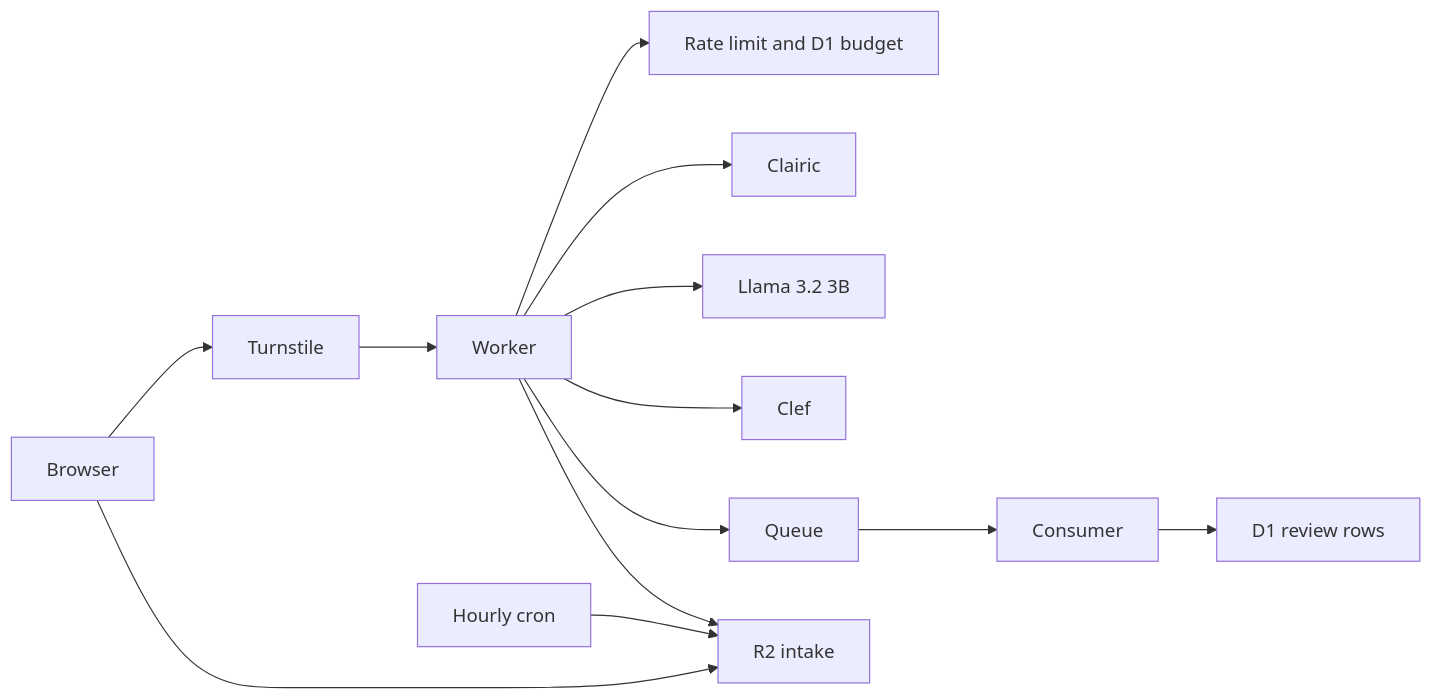
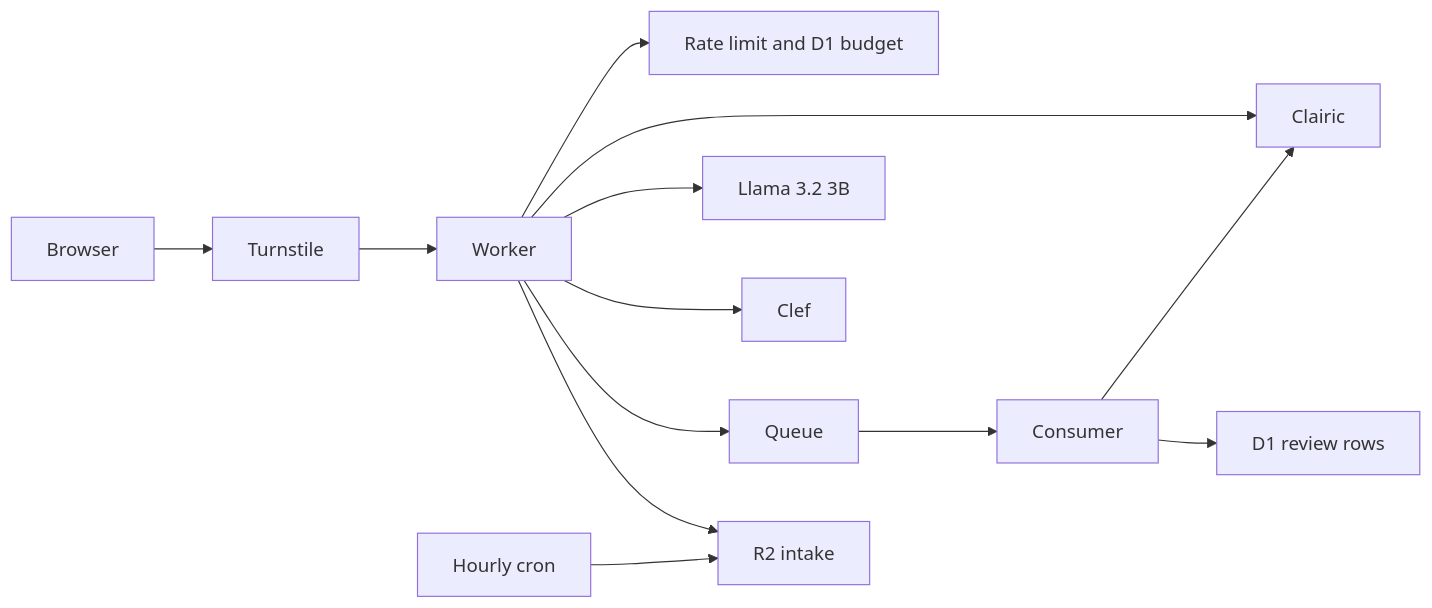
One commit to theserverlessdev/tech-demos changed the diagram in demos/clairic-intake/README.md. Above: the diagram before and after it, drawn with Mermaid. The commit also changed other lines of this file and 14 other files, not shown here.

````diff
--- a/demos/clairic-intake/README.md
+++ b/demos/clairic-intake/README.md
@@ -29,15 +29,15 @@
 ```mermaid
 flowchart LR
   browser[Browser] --> turnstile[Turnstile]
   turnstile --> worker[Worker]
   worker --> budget[Rate limit and D1 budget]
   worker --> clairic[Clairic]
   worker --> llama[Llama 3.2 3B]
   worker --> clef[Clef]
   worker --> queue[Queue]
   queue --> consumer[Consumer]
+  consumer --> clairic
   consumer --> d1[D1 review rows]
-  browser --> r2[R2 intake]
-  worker --> r2
+  worker --> r2[R2 intake]
   cron[Hourly cron] --> r2
 ```
````
